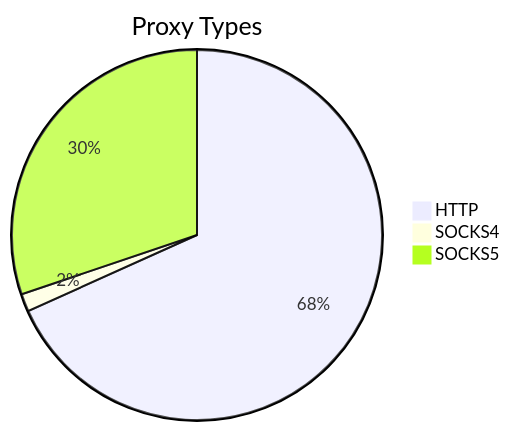
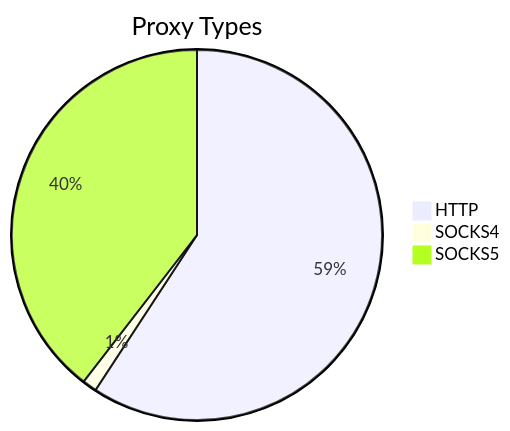
One commit to stormsia/proxy-list changed the first of 2 diagrams in README.md. Above: the diagram before and after it, drawn with Mermaid. The commit also changed other lines of this file, not shown here.

````diff
--- a/README.md
+++ b/README.md
@@ -21,6 +21,6 @@
 ```mermaid
 pie title Proxy Types
-    "HTTP" : 484
-    "SOCKS4" : 11
-    "SOCKS5" : 214
+    "HTTP" : 472
+    "SOCKS4" : 10
+    "SOCKS5" : 315
 ```
````
